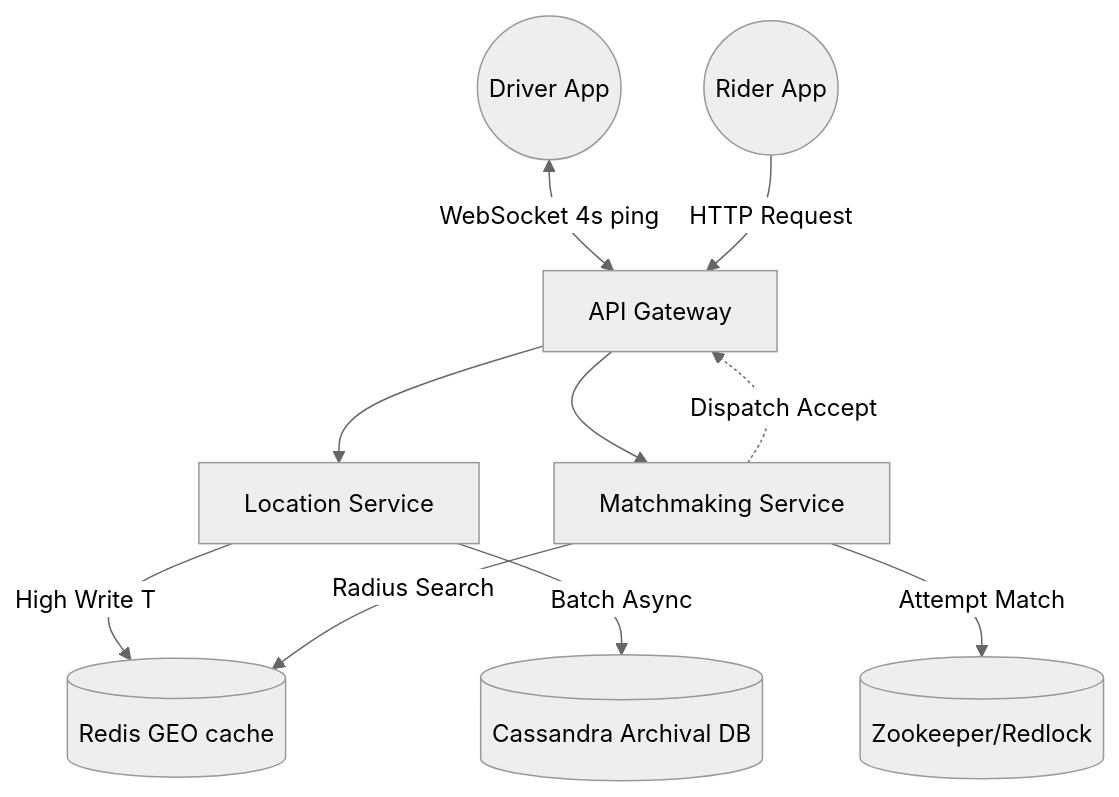
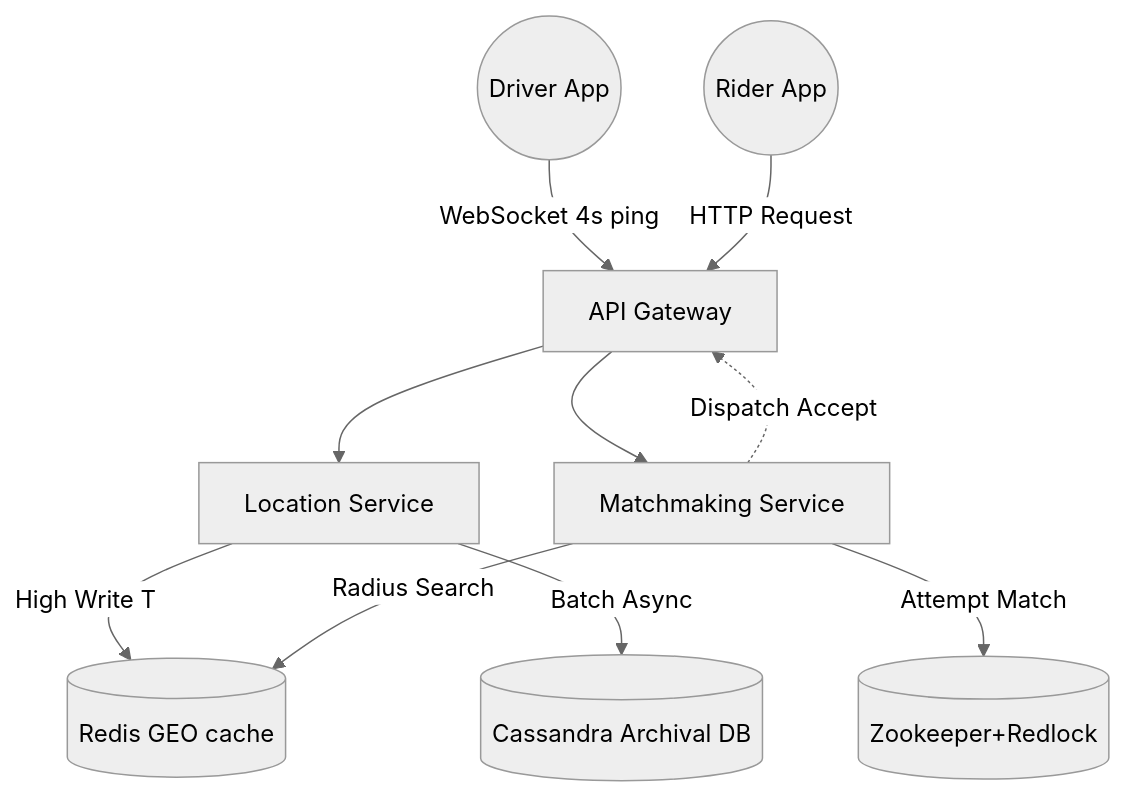
One commit to Amit506/System-Design changed the first of 2 diagrams in Premium-Edition/02_Architectures/03_Uber_Lyft_Geospatial.md. Above: the diagram before and after it, drawn with Mermaid (neutral theme). The commit also changed 32 other files, not shown here.

````diff
--- a/Premium-Edition/02_Architectures/03_Uber_Lyft_Geospatial.md
+++ b/Premium-Edition/02_Architectures/03_Uber_Lyft_Geospatial.md
@@ -33,15 +33,15 @@
 ```mermaid
 graph TD
-    Driver((Driver App)) <-->|WebSocket 4s ping| Gateway[API Gateway]
+    Driver((Driver App)) -->|WebSocket 4s ping| Gateway[API Gateway]
     Rider((Rider App)) -->|HTTP Request| Gateway
     
     Gateway --> LocSvc[Location Service]
     Gateway --> MatchSvc[Matchmaking Service]
     
     LocSvc -->|High Write T| RedisGeo[(Redis GEO cache)]
     LocSvc -->|Batch Async| DB[(Cassandra Archival DB)]
     
     MatchSvc -->|Radius Search| RedisGeo
-    MatchSvc -->|Attempt Match| DistLock[(Zookeeper/Redlock)]
+    MatchSvc -->|Attempt Match| DistLock[(Zookeeper+Redlock)]
     MatchSvc -.->|Dispatch Accept| Gateway
 ```
````
